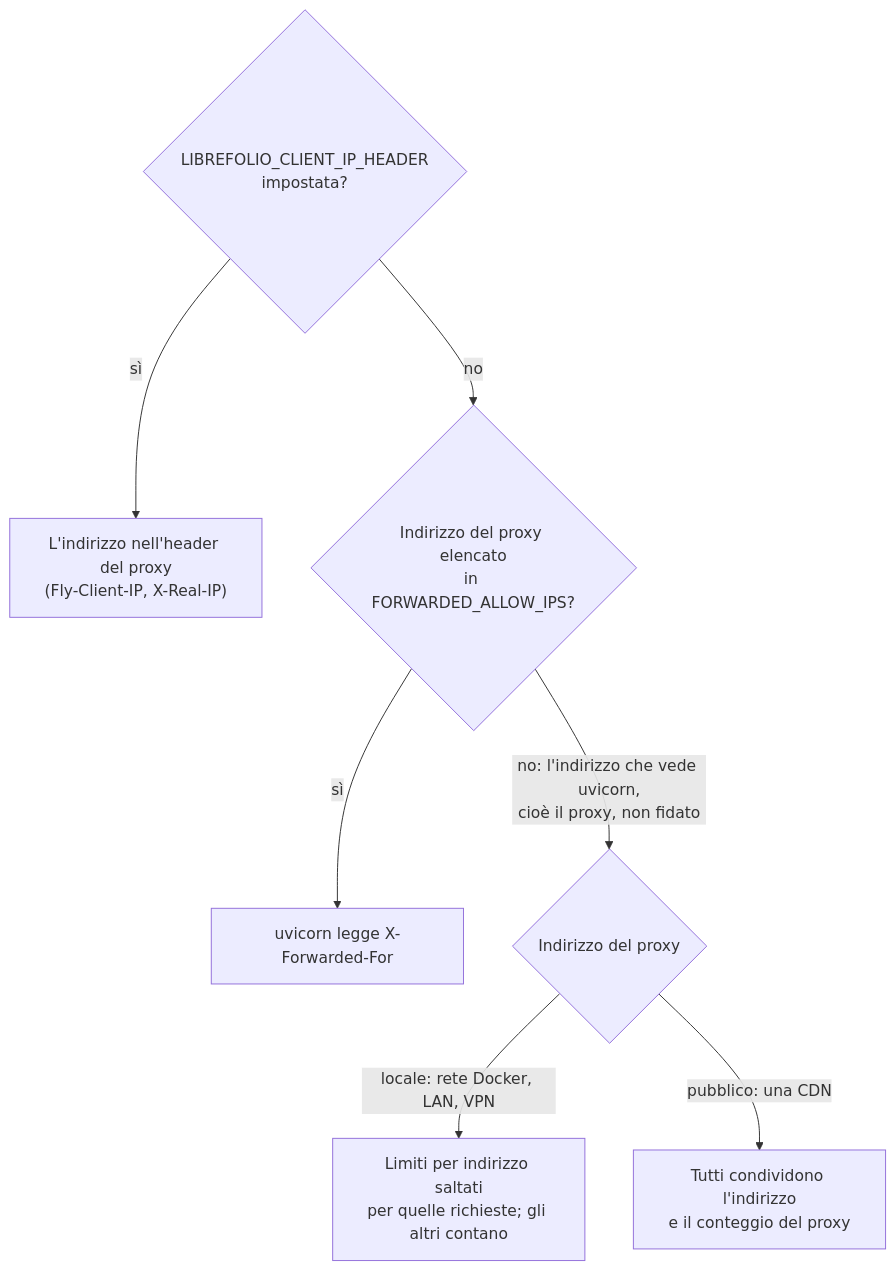
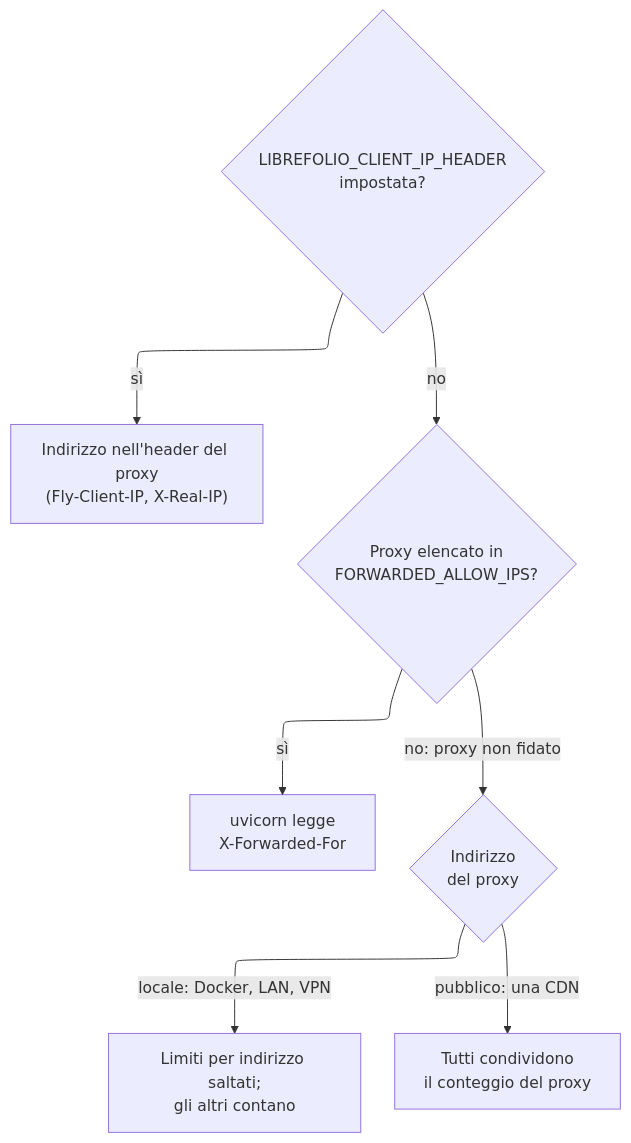
The sixth of 18 diagrams in mkdocs_src/docs/admin/email_flows.it.md (Librefolio/LibreFolio), drawn with Mermaid before and after one commit. The commit also changed other lines of this file, not shown here.

Commit message:
docs(admin): email flows diagrams small and separate, ELK where it reads better (it)

````diff
--- a/mkdocs_src/docs/admin/email_flows.it.md
+++ b/mkdocs_src/docs/admin/email_flows.it.md
@@ -218,9 +254,13 @@
 ```mermaid
+---
+config:
+  layout: elk
+---
 flowchart TD
-    Q1{"LIBREFOLIO_CLIENT_IP_HEADER<br>impostata?"} -->|"sì"| HDR["L'indirizzo nell'header del proxy<br>(Fly-Client-IP, X-Real-IP)"]
-    Q1 -->|"no"| Q2{"Indirizzo del proxy elencato<br>in FORWARDED_ALLOW_IPS?"}
-    Q2 -->|"sì"| XFF["uvicorn legge X-Forwarded-For"]
-    Q2 -->|"no: l'indirizzo che vede uvicorn,<br>cioè il proxy, non fidato"| Q3{"Indirizzo del proxy"}
-    Q3 -->|"locale: rete Docker, LAN, VPN"| LOC["Limiti per indirizzo saltati<br>per quelle richieste; gli altri contano"]
-    Q3 -->|"pubblico: una CDN"| PUB["Tutti condividono l'indirizzo<br>e il conteggio del proxy"]
+    Q1{"LIBREFOLIO_CLIENT_IP_HEADER<br>impostata?"} -->|"sì"| HDR["Indirizzo nell'header del proxy<br>(Fly-Client-IP, X-Real-IP)"]
+    Q1 -->|"no"| Q2{"Proxy elencato in<br>FORWARDED_ALLOW_IPS?"}
+    Q2 -->|"sì"| XFF["uvicorn legge<br>X-Forwarded-For"]
+    Q2 -->|"no: proxy non fidato"| Q3{"Indirizzo<br>del proxy"}
+    Q3 -->|"locale: Docker, LAN, VPN"| LOC["Limiti per indirizzo saltati;<br>gli altri contano"]
+    Q3 -->|"pubblico: una CDN"| PUB["Tutti condividono<br>il conteggio del proxy"]
 ```
````
